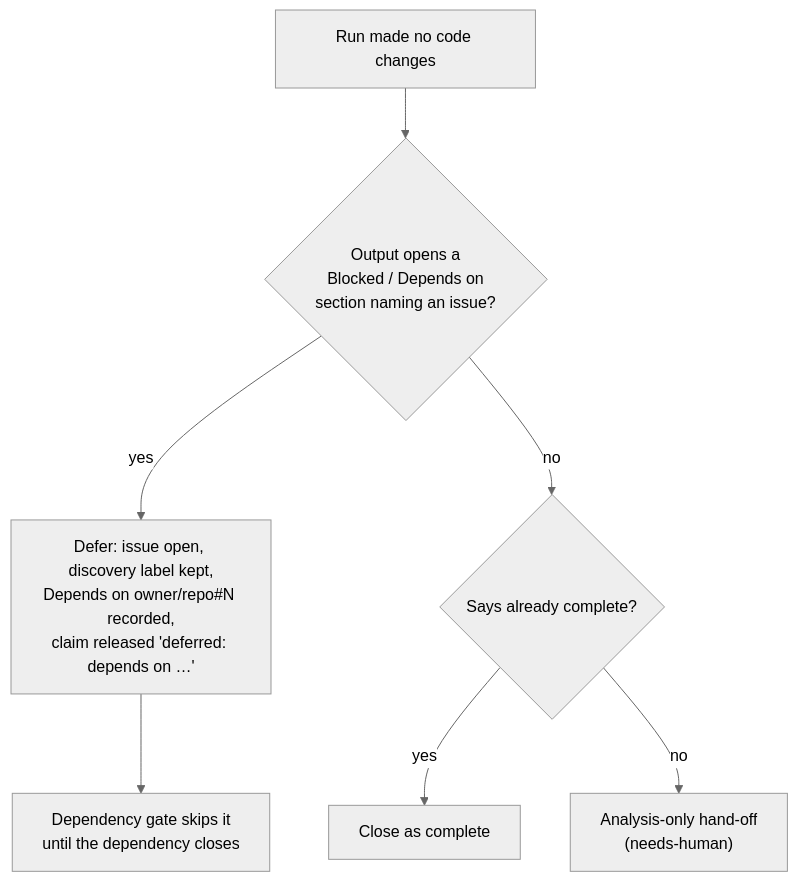
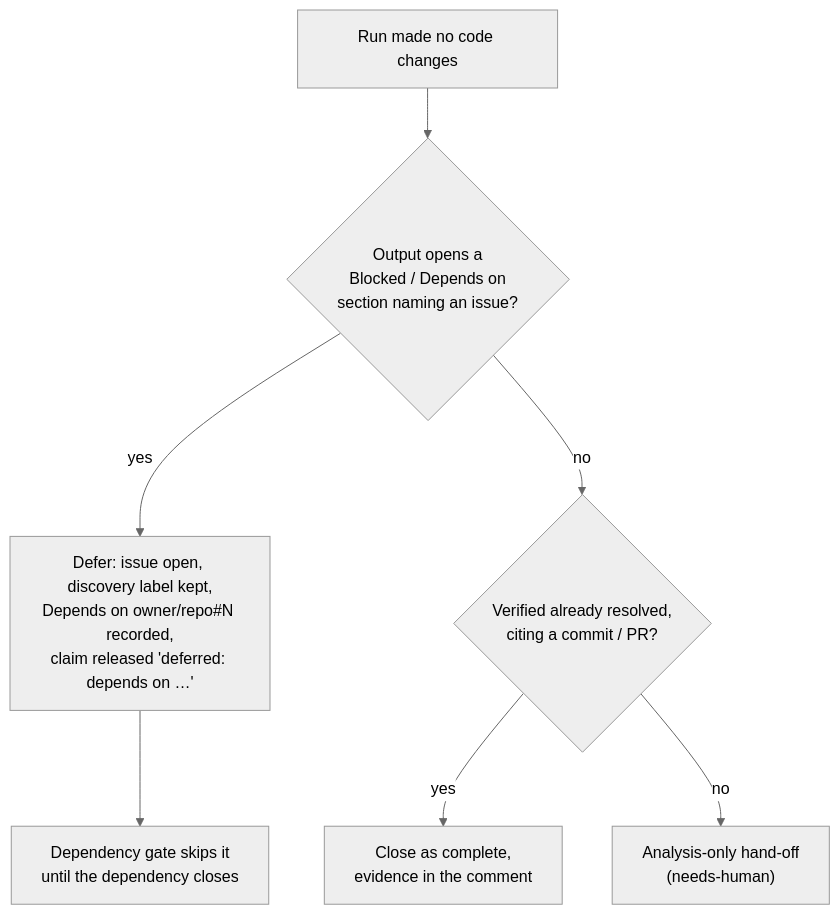
Before and after one commit to stSoftwareAU/VibeCoder: the seventh of 7 diagrams in DESIGN-PRINCIPLES.md, drawn with Mermaid (neutral theme). The commit also changed other lines of this file and 8 other files, not shown here.

First line of the commit message:
Close verified already-fixed issues with a note instead of escalating (Issue #241)

````diff
--- a/DESIGN-PRINCIPLES.md
+++ b/DESIGN-PRINCIPLES.md
@@ -2054,9 +2032,9 @@
 ```mermaid
 flowchart TD
     N["Run made no code changes"] --> B{"Output opens a<br/>Blocked / Depends on<br/>section naming an issue?"}
     B -- yes --> D["Defer: issue open, discovery label kept,<br/>Depends on owner/repo#N recorded,<br/>claim released 'deferred: depends on …'"]
     D --> G["Dependency gate skips it<br/>until the dependency closes"]
-    B -- no --> C{"Says already complete?"}
-    C -- yes --> X["Close as complete"]
+    B -- no --> C{"Verified already resolved,<br/>citing a commit / PR?"}
+    C -- yes --> X["Close as complete,<br/>evidence in the comment"]
     C -- no --> A["Analysis-only hand-off<br/>(needs-human)"]
 ```
````
